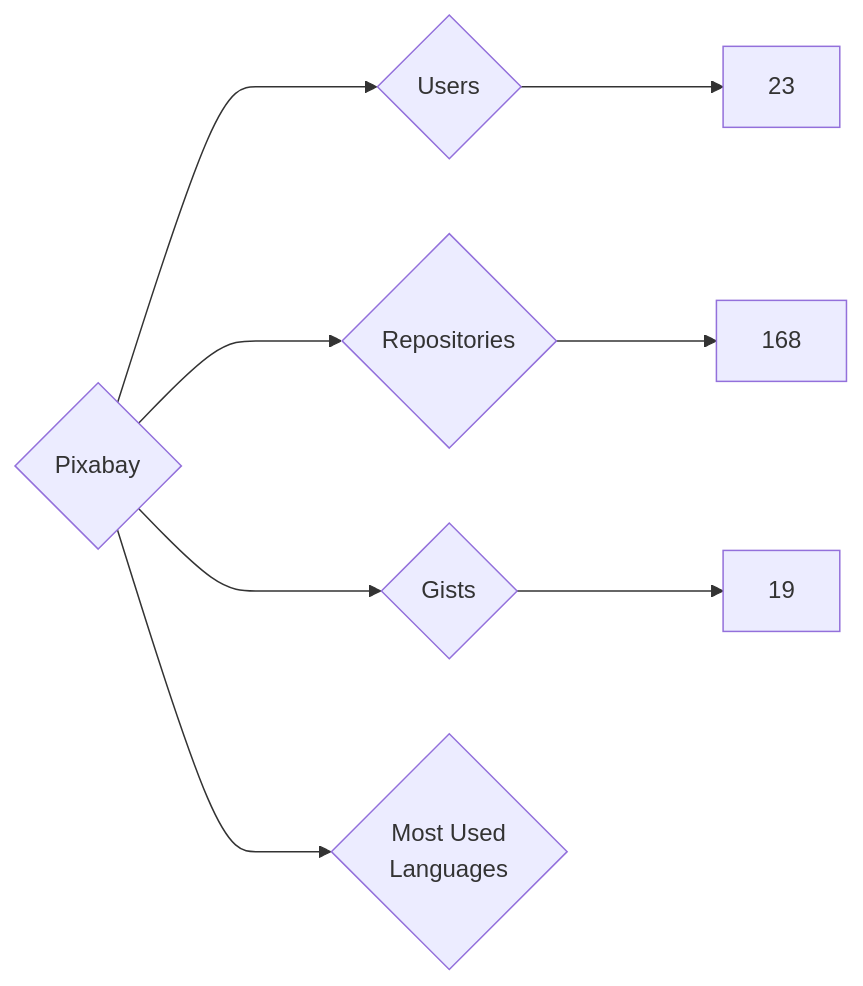
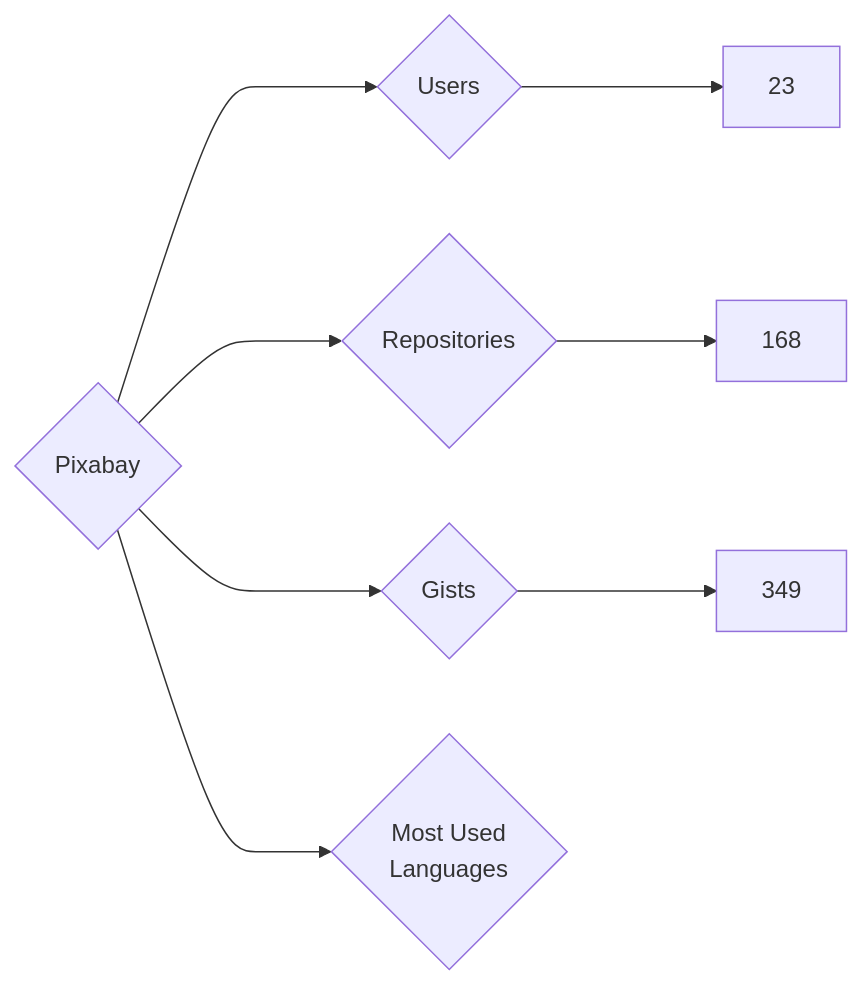
The diagram in targets/Pixabay/README.md (nenadzaric/insiders), drawn with Mermaid before and after one commit. The commit also changed 1342 other files, not shown here.

````diff
--- a/targets/Pixabay/README.md
+++ b/targets/Pixabay/README.md
@@ -3,8 +3,8 @@
 ```mermaid
 graph LR
 COMPANY_NAME{Pixabay}
 COMPANY_NAME ---> U{Users} ---> UN[23]
 COMPANY_NAME ---> R{Repositories} ---> RN[168]
-COMPANY_NAME ---> G{Gists} ---> GN[19]
+COMPANY_NAME ---> G{Gists} ---> GN[349]
 COMPANY_NAME ---> ML{Most Used<br>Languages}
 ```
````
